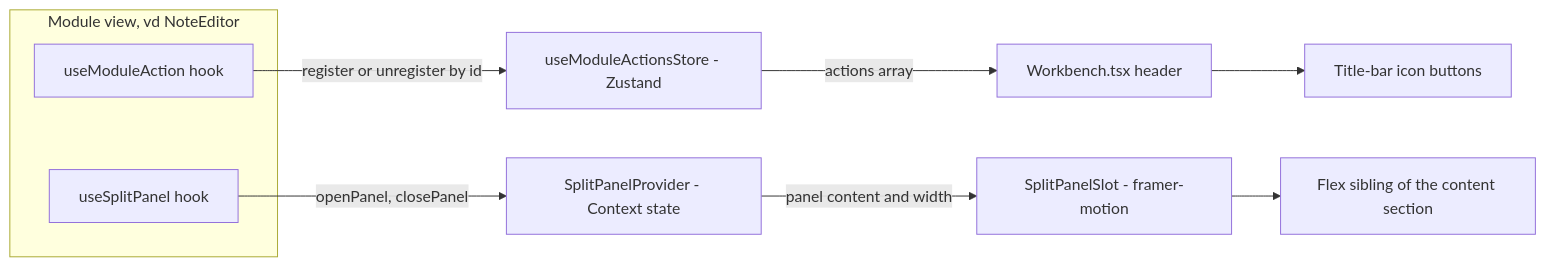
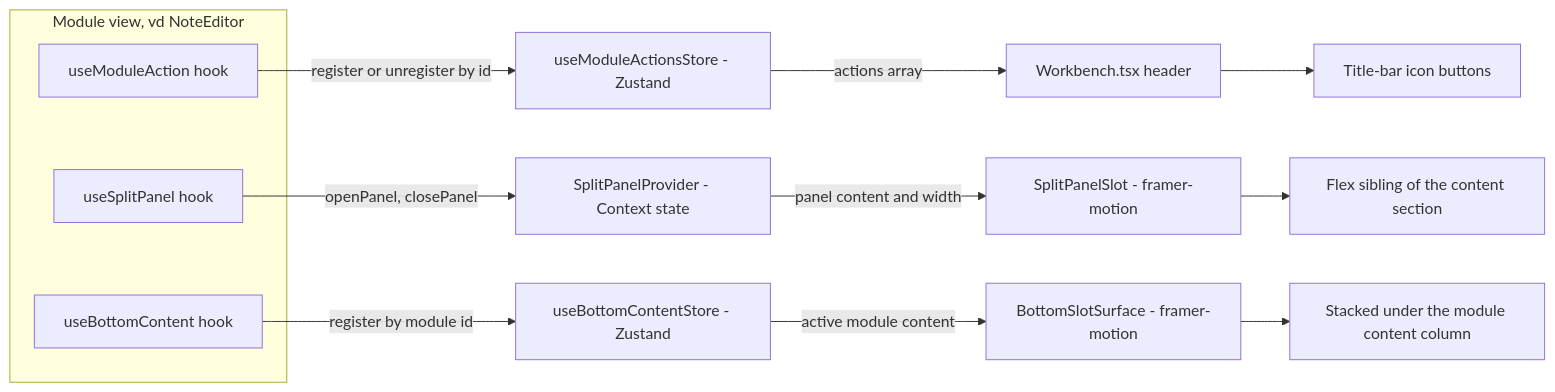
The diagram in content/projects/dev-kit/shell-primitives.mdx (syurodev/base), drawn with Mermaid before and after one commit. The commit also changed other lines of this file and 1 other file, not shown here.

First line of the commit message:
docs(codegraph): the right column has two owners, and one old reason was wrong

````diff
--- a/content/projects/dev-kit/shell-primitives.mdx
+++ b/content/projects/dev-kit/shell-primitives.mdx
@@ -25,13 +25,17 @@
 ```mermaid
 flowchart LR
   subgraph Module["Module view, vd NoteEditor"]
     UMA["useModuleAction hook"]
     USP["useSplitPanel hook"]
+    UBC["useBottomContent hook"]
   end
   UMA -->|register or unregister by id| MAS["useModuleActionsStore - Zustand"]
   USP -->|openPanel, closePanel| SPP["SplitPanelProvider - Context state"]
+  UBC -->|register by module id| BCS["useBottomContentStore - Zustand"]
   MAS -->|actions array| WB["Workbench.tsx header"]
   SPP -->|panel content and width| SPS["SplitPanelSlot - framer-motion"]
+  BCS -->|active module content| BSS["BottomSlotSurface - framer-motion"]
   WB --> TitleBar["Title-bar icon buttons"]
   SPS --> Pane["Flex sibling of the content section"]
+  BSS --> Under["Stacked under the module content column"]
 ```
````
